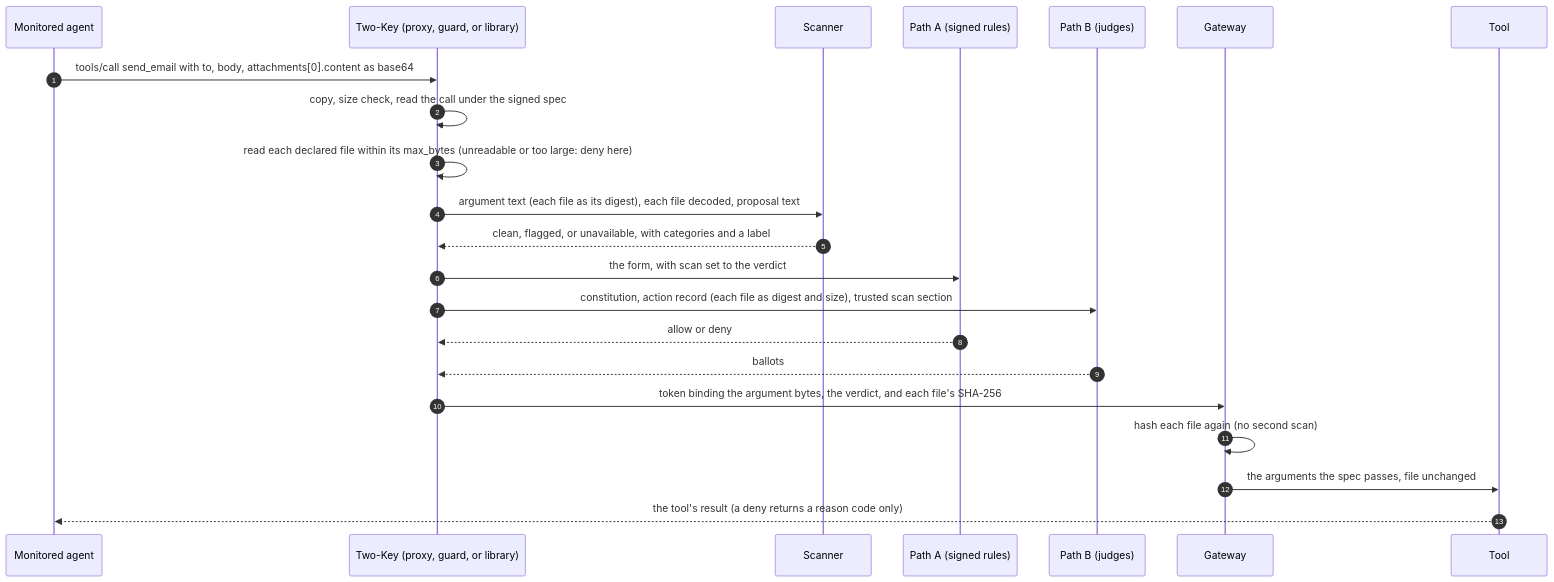
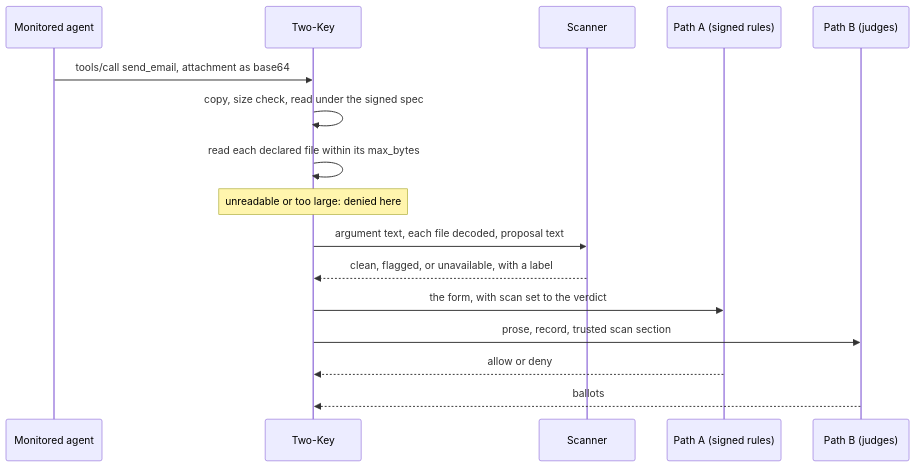
The second of 6 diagrams in docs/SCANNERS.md (Insomniac-VibeLabs/two-key), drawn with Mermaid before and after one commit. The commit also changed other lines of this file and 12 other files, not shown here.

First line of the commit message:
Redraw every diagram to one house style, checked by a test (#29)

````diff
--- a/docs/SCANNERS.md
+++ b/docs/SCANNERS.md
@@ -127,24 +126,18 @@
 ```mermaid
 sequenceDiagram
-  autonumber
   participant Ag as Monitored agent
-  participant TK as Two-Key (proxy, guard, or library)
+  participant TK as Two-Key
   participant S as Scanner
   participant A as Path A (signed rules)
   participant B as Path B (judges)
-  participant G as Gateway
-  participant T as Tool
-  Ag->>TK: tools/call send_email with to, body, attachments[0].content as base64
-  TK->>TK: copy, size check, read the call under the signed spec
-  TK->>TK: read each declared file within its max_bytes (unreadable or too large: deny here)
-  TK->>S: argument text (each file as its digest), each file decoded, proposal text
-  S-->>TK: clean, flagged, or unavailable, with categories and a label
+  Ag->>TK: tools/call send_email, attachment as base64
+  TK->>TK: copy, size check, read under the signed spec
+  TK->>TK: read each declared file within its max_bytes
+  Note over TK: unreadable or too large: denied here
+  TK->>S: argument text, each file decoded, proposal text
+  S-->>TK: clean, flagged, or unavailable, with a label
   TK->>A: the form, with scan set to the verdict
-  TK->>B: constitution, action record (each file as digest and size), trusted scan section
+  TK->>B: prose, record, trusted scan section
   A-->>TK: allow or deny
   B-->>TK: ballots
-  TK->>G: token binding the argument bytes, the verdict, and each file's SHA-256
-  G->>G: hash each file again (no second scan)
-  G->>T: the arguments the spec passes, file unchanged
-  T-->>Ag: the tool's result (a deny returns a reason code only)
 ```
````
